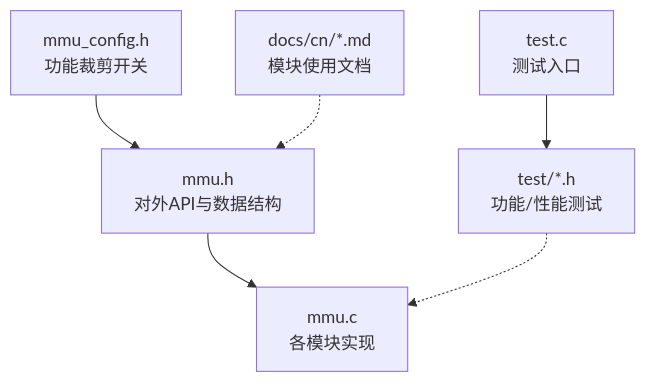
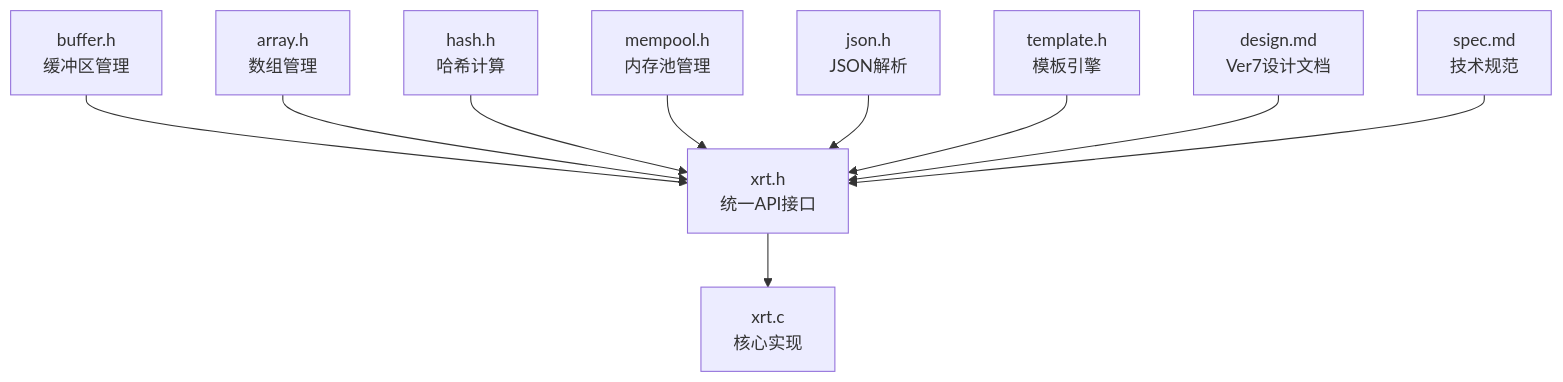
Before and after one commit to xywhsoft/xpack: the first of 6 diagrams in .qoder/repowiki/zh/content/内存管理架构/内存管理架构.md, drawn with Mermaid. The commit also changed other lines of this file and 23 other files, not shown here.

````diff
--- a/.qoder/repowiki/zh/content/内存管理架构/内存管理架构.md
+++ b/.qoder/repowiki/zh/content/内存管理架构/内存管理架构.md
@@ -49,8 +52,12 @@
 ```mermaid
 graph TB
-A["mmu.h<br/>对外API与数据结构"] --> B["mmu.c<br/>各模块实现"]
-C["mmu_config.h<br/>功能裁剪开关"] --> A
-D["docs/cn/*.md<br/>模块使用文档"] -.-> A
-E["test/*.h<br/>功能/性能测试"] -.-> B
-F["test.c<br/>测试入口"] --> E
+A["xrt.h<br/>统一API接口"] --> B["xrt.c<br/>核心实现"]
+C["buffer.h<br/>缓冲区管理"] --> A
+D["array.h<br/>数组管理"] --> A
+E["hash.h<br/>哈希计算"] --> A
+F["mempool.h<br/>内存池管理"] --> A
+G["json.h<br/>JSON解析"] --> A
+H["template.h<br/>模板引擎"] --> A
+I["design.md<br/>Ver7设计文档"] --> A
+J["spec.md<br/>技术规范"] --> A
 ```
````
